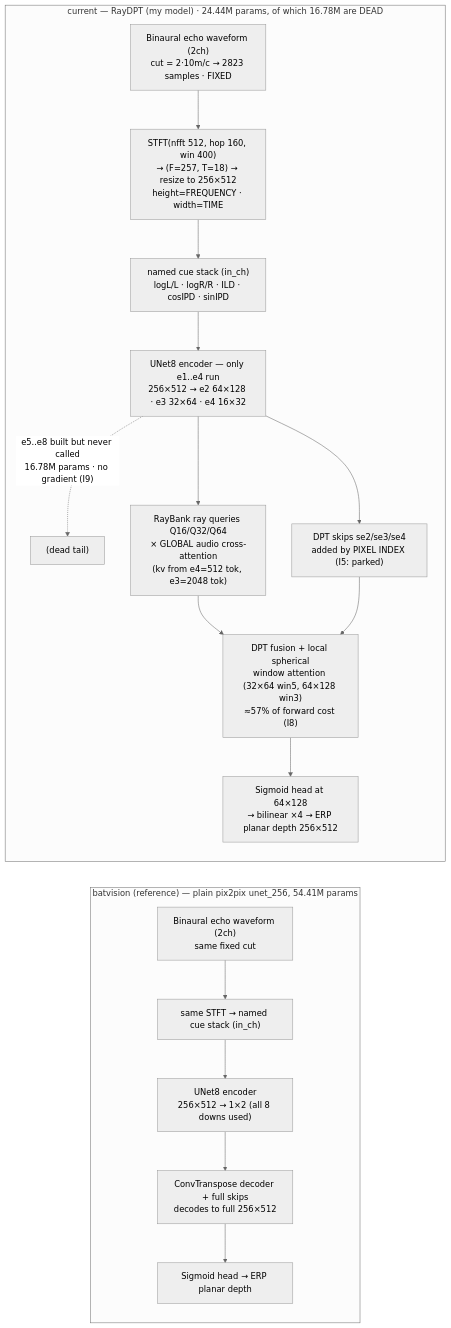
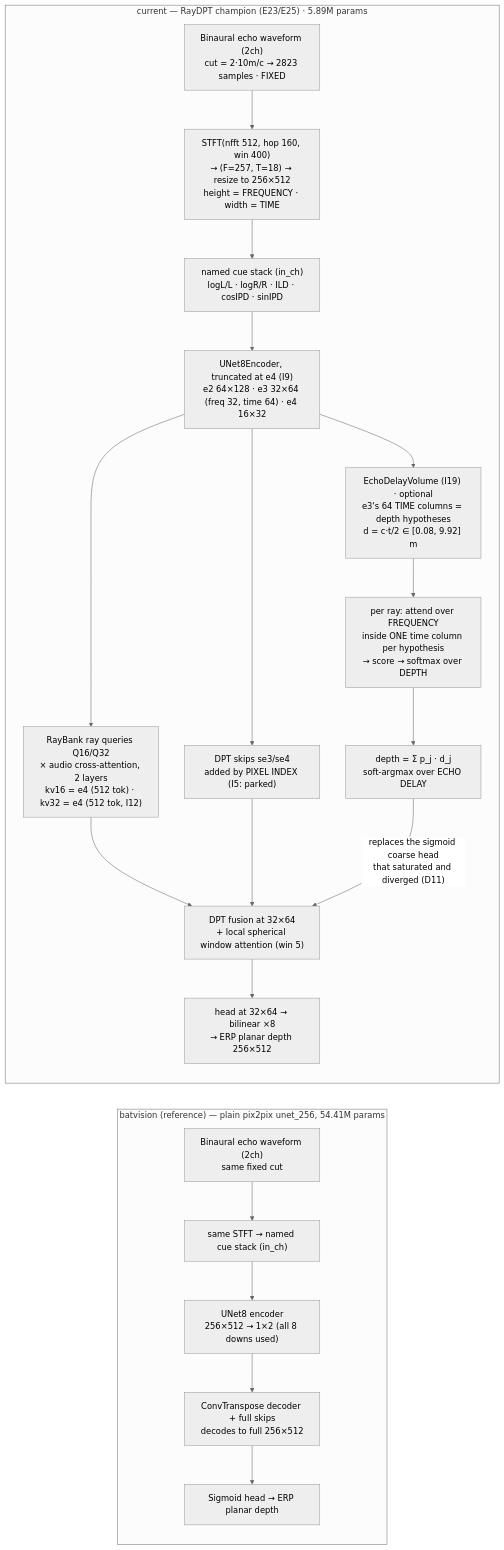
The diagram in README.md (Kang-ChangWoo/auto_audio_depth_estimation), drawn with Mermaid (neutral theme) before and after one commit. The commit also changed other lines of this file, not shown here.

Commit message:
README: sync the flowchart with the actual champion architecture
The diagram still showed the pre-I9 model: 24.44M params with the dead e5..e8 tail, a Q64 ray
scale that decode_scale=32 removed, and a sigmoid head at 64x128. It now shows the 5.89M champion
(E23/E25): the encoder truncated at e4, two cross-attention layers on e4's 512 coarse tokens (I12),
a 32x64 decode with an x8 upsample, and EchoDelayVolume as the optional structural head.

The diagram now also carries the fact the head is built on -- the encoder's WIDTH axis is time, so
e3's 64 columns are depth hypotheses via d = c*t/2 -- because that is the whole idea, and a reader
who cannot see it in the picture cannot see why the model looks the way it does.

````diff
--- a/README.md
+++ b/README.md
@@ -128,23 +128,26 @@
 ```mermaid
 flowchart TD
-    subgraph MY["current — RayDPT (my model) · 24.44M params, of which 16.78M are DEAD"]
+    subgraph MY["current — RayDPT champion (E23/E25) · 5.89M params"]
         direction TB
-        A1["Binaural echo waveform (2ch)<br/>cut = 2·10m/c → 2823 samples · FIXED"] --> A2["STFT(nfft 512, hop 160, win 400)<br/>→ (F=257, T=18) → resize to 256×512<br/>height=FREQUENCY · width=TIME"]
+        A1["Binaural echo waveform (2ch)<br/>cut = 2·10m/c → 2823 samples · FIXED"] --> A2["STFT(nfft 512, hop 160, win 400)<br/>→ (F=257, T=18) → resize to 256×512<br/>height = FREQUENCY · width = TIME"]
         A2 --> A2b["named cue stack (in_ch)<br/>logL/L · logR/R · ILD · cosIPD · sinIPD"]
-        A2b --> A3["UNet8 encoder — only e1..e4 run<br/>256×512 → e2 64×128 · e3 32×64 · e4 16×32"]
-        A3 -.->|"e5..e8 built but never called<br/>16.78M params · no gradient (I9)"| A3d["(dead tail)"]
-        A3 --> A4["RayBank ray queries Q16/Q32/Q64<br/>× GLOBAL audio cross-attention<br/>(kv from e4=512 tok, e3=2048 tok)"]
-        A3 --> A4s["DPT skips se2/se3/se4<br/>added by PIXEL INDEX (I5: parked)"]
-        A4 --> A5["DPT fusion + local spherical<br/>window attention (32×64 win5, 64×128 win3)<br/>≈57% of forward cost (I8)"]
+        A2b --> A3["UNet8Encoder, truncated at e4 (I9)<br/>e2 64×128 · e3 32×64 (freq 32, time 64) · e4 16×32"]
+        A3 --> A4["RayBank ray queries Q16/Q32<br/>× audio cross-attention, 2 layers<br/>kv16 = e4 (512 tok) · kv32 = e4 (512 tok, I12)"]
+        A3 --> A4s["DPT skips se3/se4<br/>added by PIXEL INDEX (I5: parked)"]
+        A3 --> A7["EchoDelayVolume (I19) · optional<br/>e3's 64 TIME columns = depth hypotheses<br/>d = c·t/2 ∈ [0.08, 9.92] m"]
+        A7 --> A7b["per ray: attend over FREQUENCY<br/>inside ONE time column per hypothesis<br/>→ score → softmax over DEPTH"]
+        A7b --> A7c["depth = Σ p_j · d_j<br/>soft-argmax over ECHO DELAY"]
+        A4 --> A5["DPT fusion at 32×64<br/>+ local spherical window attention (win 5)"]
         A4s --> A5
-        A5 --> A6["Sigmoid head at 64×128<br/>→ bilinear ×4 → ERP planar depth 256×512"]
+        A7c -->|"replaces the sigmoid coarse head<br/>that saturated and diverged (D11)"| A5
+        A5 --> A6["head at 32×64 → bilinear ×8<br/>→ ERP planar depth 256×512"]
     end
     subgraph REF["batvision (reference) — plain pix2pix unet_256, 54.41M params"]
         direction TB
         B1["Binaural echo waveform (2ch)<br/>same fixed cut"] --> B2["same STFT → named cue stack (in_ch)"]
         B2 --> B3["UNet8 encoder<br/>256×512 → 1×2 (all 8 downs used)"]
         B3 --> B4["ConvTranspose decoder + full skips<br/>decodes to full 256×512"]
         B4 --> B5["Sigmoid head → ERP planar depth"]
     end
     MY ~~~ REF
 ```
````
